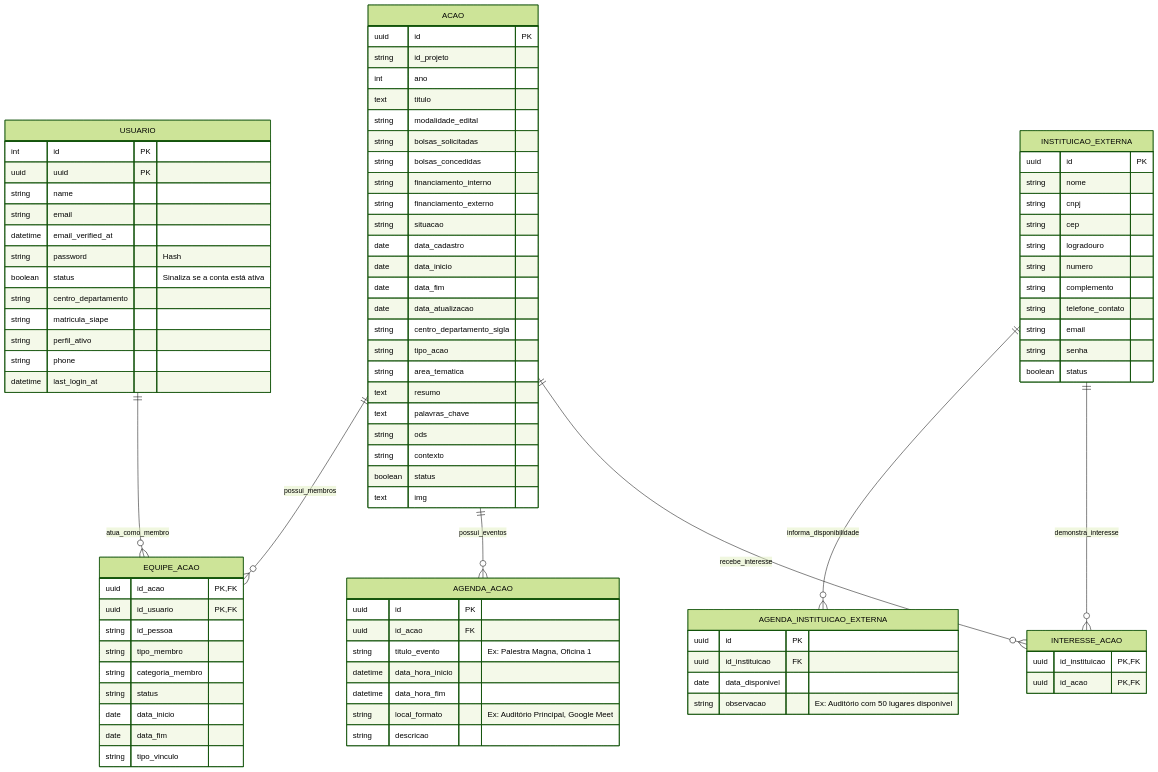
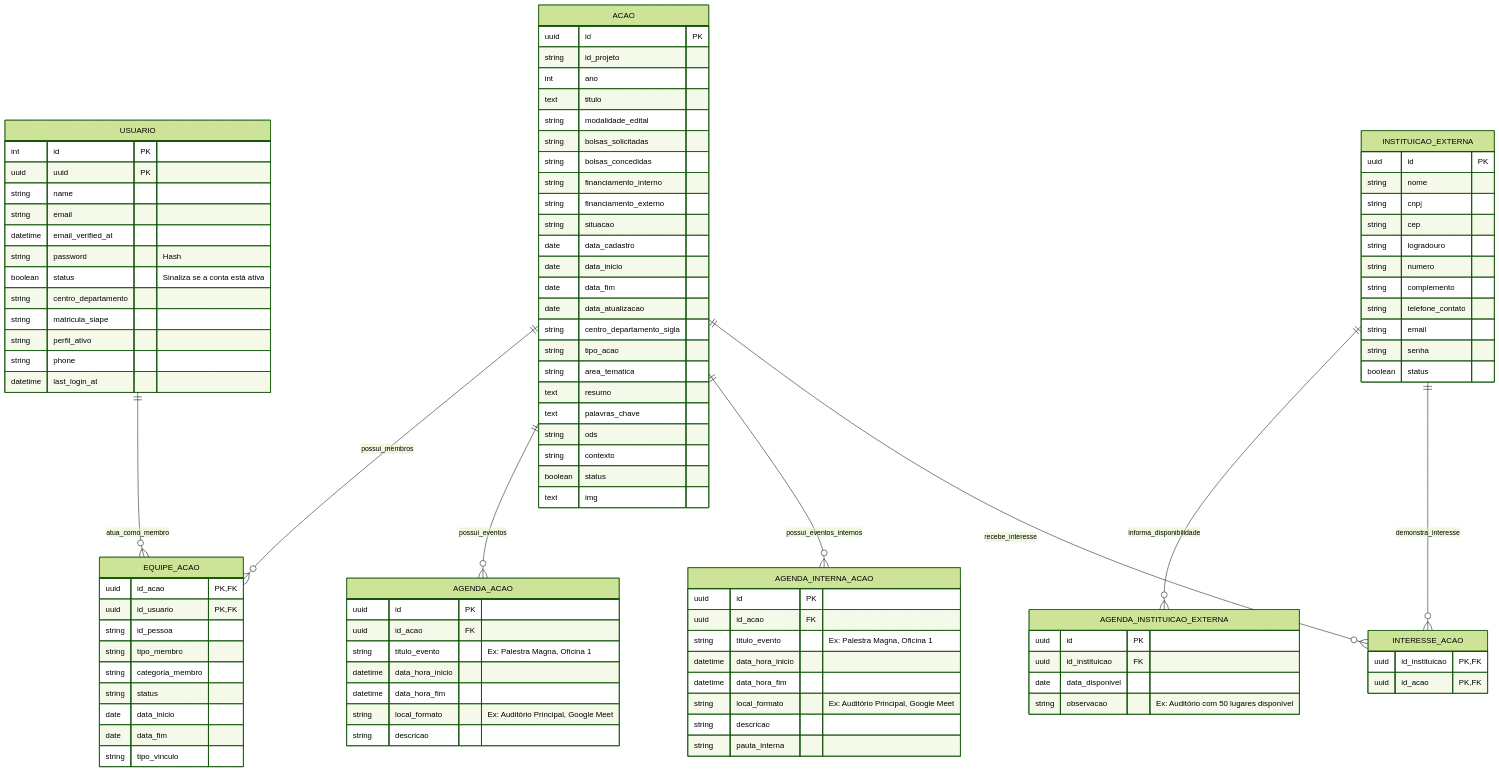
One commit to PROEX-UFCA/sigex changed the first of 2 diagrams in README.md. Above: the diagram before and after it, drawn with Mermaid (forest theme). The commit also changed 2 other files, not shown here.

Commit message:
feat: migration, model e atualização da ER no readme

```diff
--- a/README.md
+++ b/README.md
@@ -8,6 +8,7 @@
     USUARIO ||--o{ EQUIPE_ACAO : "atua_como_membro"
 
     ACAO ||--o{ AGENDA_ACAO : "possui_eventos"
+    ACAO ||--o{ AGENDA_INTERNA_ACAO : "possui_eventos_internos"
     INSTITUICAO_EXTERNA ||--o{ AGENDA_INSTITUICAO_EXTERNA : "informa_disponibilidade"
     INSTITUICAO_EXTERNA ||--o{ INTERESSE_ACAO : "demonstra_interesse"
     ACAO ||--o{ INTERESSE_ACAO : "recebe_interesse"
@@ -89,6 +90,19 @@
         string descricao
     }
 
+    AGENDA_INTERNA_ACAO {
+        uuid id PK
+        uuid id_acao FK
+        string titulo_evento "Ex: Palestra Magna, Oficina 1"
+        datetime data_hora_inicio
+        datetime data_hora_fim
+        string local_formato "Ex: Auditório Principal, Google Meet"
+        string descricao
+        string pauta_interna
+    }
+
+
+
     AGENDA_INSTITUICAO_EXTERNA {
         uuid id PK
         uuid id_instituicao FK
```
